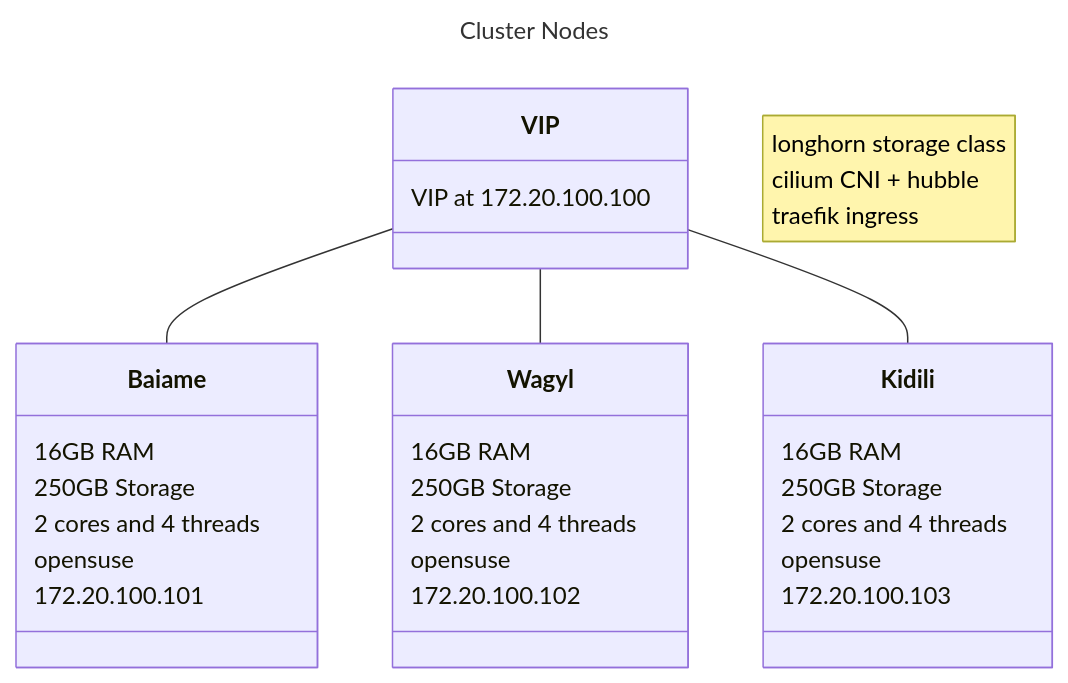
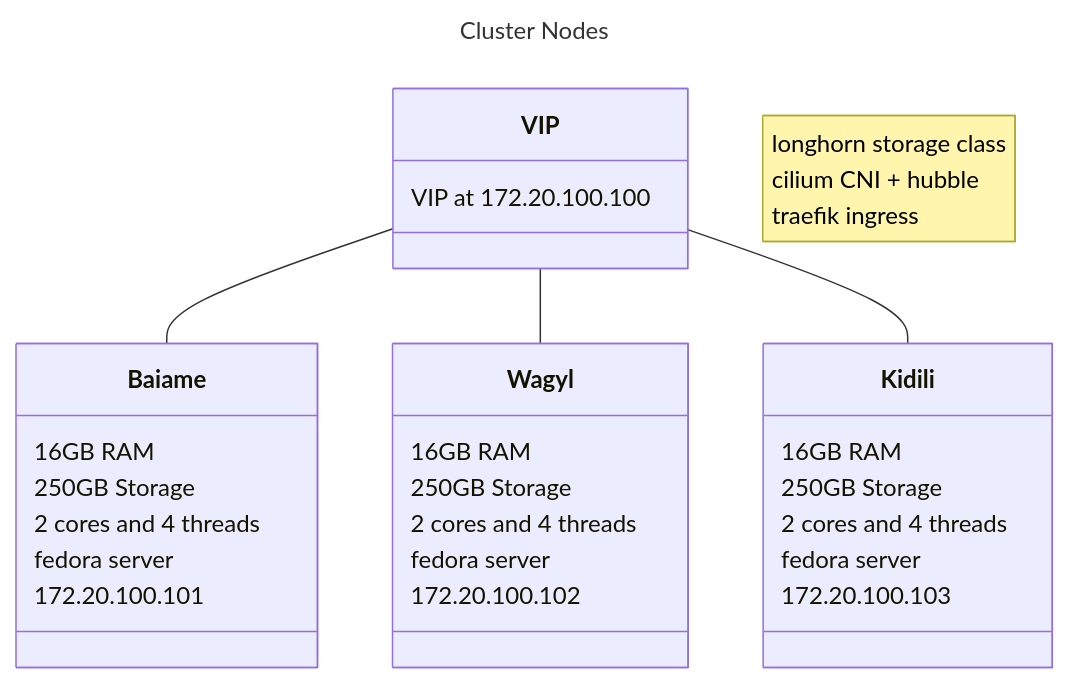
One commit to Ceald1/homelab-docs changed the diagram in wiki/Home.md. Above: the diagram before and after it, drawn with Mermaid. The commit also changed 13 other files, not shown here.

````diff
--- a/wiki/Home.md
+++ b/wiki/Home.md
@@ -6,39 +6,39 @@
 ```mermaid
 ---
 title: Cluster Nodes
 ---
 classDiagram
    Baiame
    Wagyl
    Kidili
    VIP 
    VIP -- Baiame
    VIP -- Wagyl
    VIP -- Kidili
    note "longhorn storage class <br>cilium CNI + hubble<br>traefik ingress"
 
    class Baiame {
        16GB RAM
        250GB Storage
        2 cores and 4 threads
-       opensuse
+       fedora server
        172.20.100.101
    }
    class Wagyl {
        16GB RAM
        250GB Storage
        2 cores and 4 threads
-       opensuse
+       fedora server
        172.20.100.102
    }
    class Kidili {
        16GB RAM
        250GB Storage
        2 cores and 4 threads
-       opensuse
+       fedora server
        172.20.100.103
    }
    class VIP {
        VIP at 172.20.100.100
    }
 ```
````
